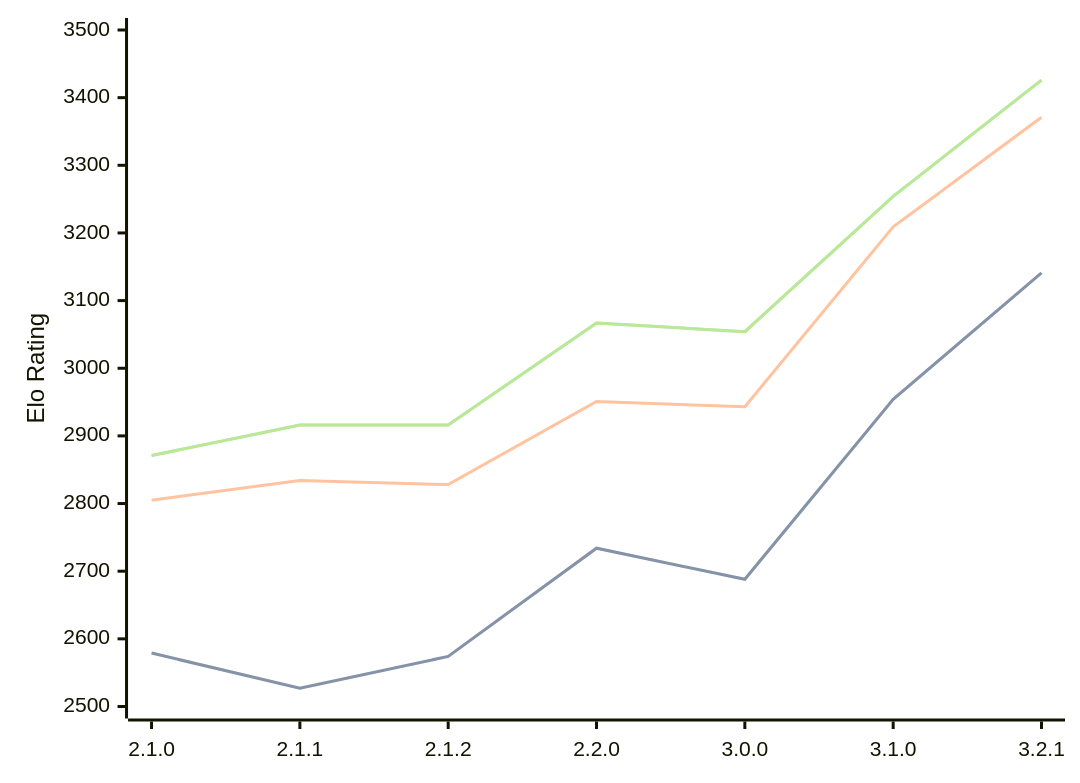
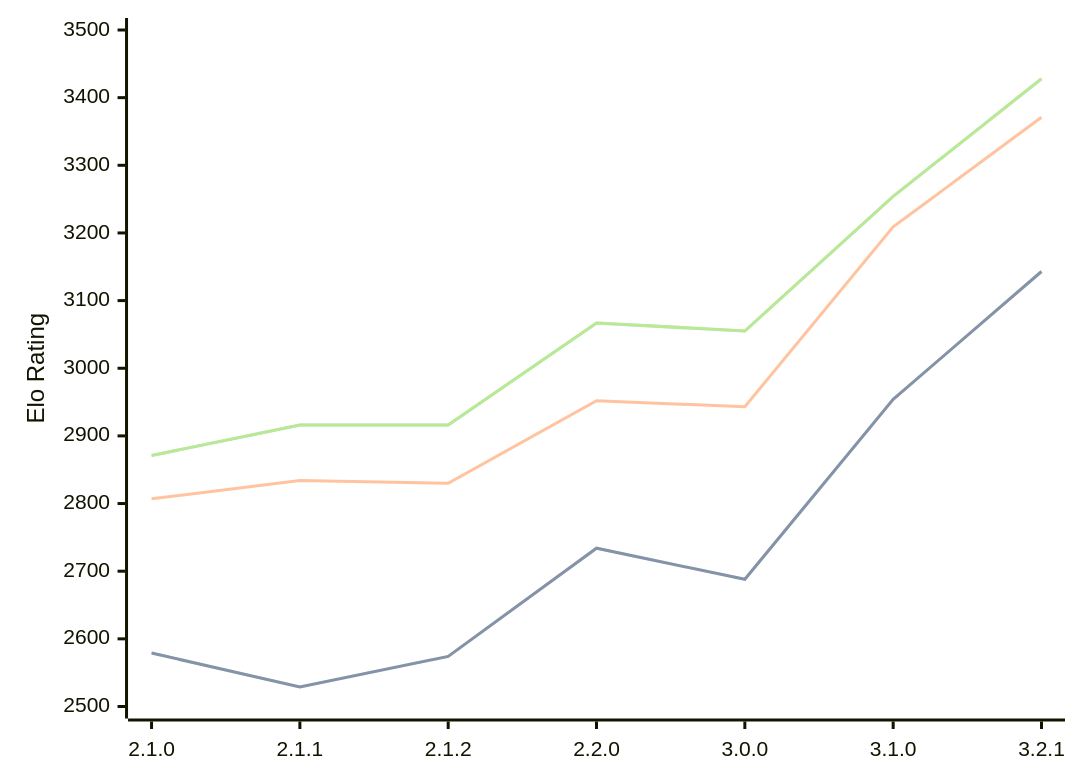
The diagram in engines/Prune.md (computer-chess-index/cci), drawn with Mermaid before and after one commit. The commit also changed other lines of this file, not shown here.

Commit message:
Update CCI Ratings (ELO VLTC) - 2026-05-05

````diff
--- a/engines/Prune.md
+++ b/engines/Prune.md
@@ -42,11 +42,11 @@
 ```mermaid
 %%{init: {"theme":"base","themeVariables":{"seriesColors:['#a3a3a3','#222221','#faa371']}}}%%
 xychart-beta
   x-axis ["2.1.0", "2.1.1", "2.1.2", "2.2.0", "3.0.0", "3.1.0", "3.2.1"]
   y-axis "Elo Rating" 2500 --> 3500
-  line "STC (8.0+0.08s)" [2579, 2527, 2574, 2734, 2688, 2954, 3141]
-  line "STC (8.0+0.08s)" [2579, 2527, 2574, 2734, 2688, 2954, 3141]
-  line "LTC (60.0+0.60s)" [2805, 2834, 2828, 2951, 2943, 3209, 3371]
-  line "VLTC (2m24s+1.12s)" [2871, 2916, 2916, 3067, 3054, 3254, 3426]
-  line "VLTC (2m24s+1.12s)" [2871, 2916, 2916, 3067, 3054, 3254, 3426]
+  line "STC (8.0+0.08s)" [2579, 2529, 2574, 2734, 2688, 2954, 3143]
+  line "STC (8.0+0.08s)" [2579, 2529, 2574, 2734, 2688, 2954, 3143]
+  line "LTC (60.0+0.60s)" [2807, 2834, 2830, 2952, 2943, 3209, 3371]
+  line "VLTC (2m24s+1.12s)" [2871, 2916, 2916, 3067, 3055, 3254, 3428]
+  line "VLTC (2m24s+1.12s)" [2871, 2916, 2916, 3067, 3055, 3254, 3428]
 ```
````
